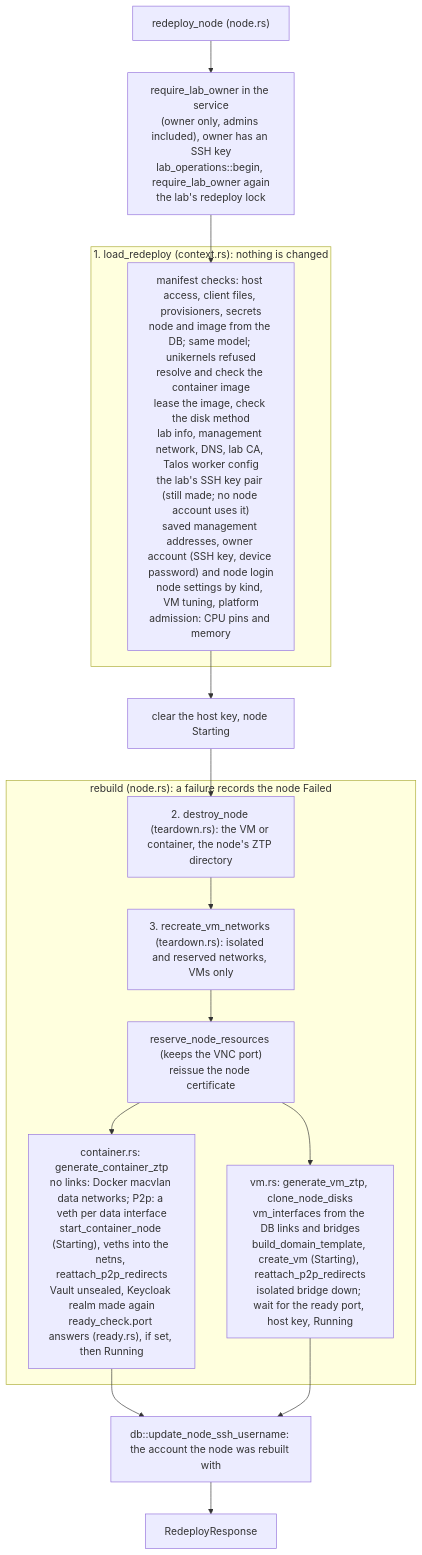
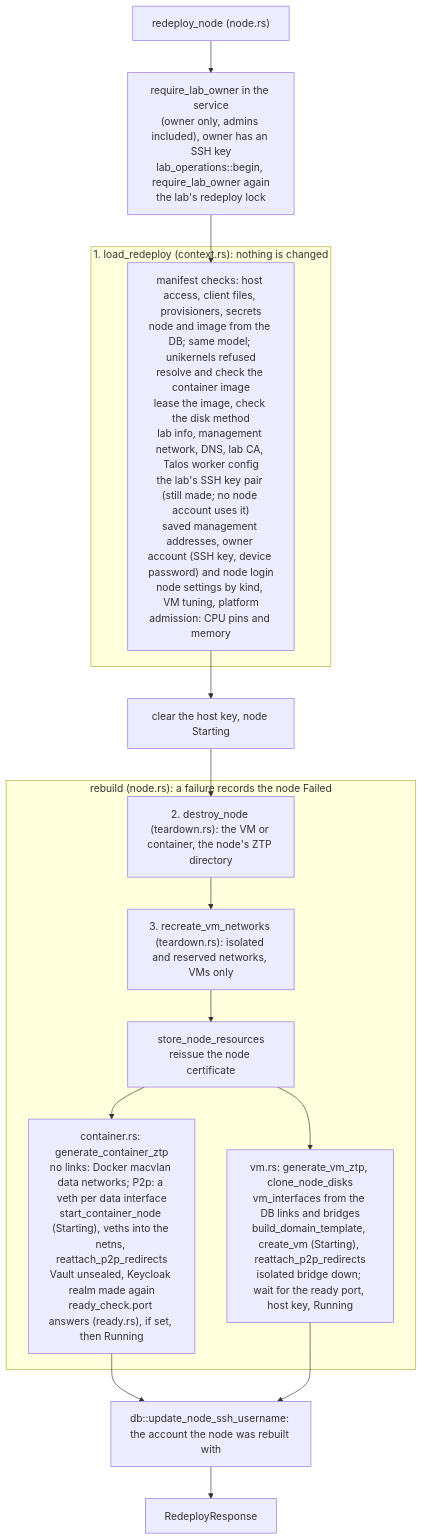
Diagram 16 of 26 in docs/architecture/SERVER.md (bwks/sherpa), drawn with Mermaid before and after one commit. The commit also changed other lines of this file and 80 other files, not shown here.

````diff
--- a/docs/architecture/SERVER.md
+++ b/docs/architecture/SERVER.md
@@ -1087,19 +1086,19 @@
 ```mermaid
 flowchart TB
     request["redeploy_node (node.rs)"] --> owner["require_lab_owner in the service<br/>(owner only, admins included), owner has an SSH key<br/>lab_operations::begin, require_lab_owner again<br/>the lab's redeploy lock"]
     owner --> load
     subgraph stage1["1. load_redeploy (context.rs): nothing is changed"]
         load["manifest checks: host access, client files, provisioners, secrets<br/>node and image from the DB; same model; unikernels refused<br/>resolve and check the container image<br/>lease the image, check the disk method<br/>lab info, management network, DNS, lab CA, Talos worker config<br/>the lab's SSH key pair (still made; no node account uses it)<br/>saved management addresses, owner account (SSH key, device password) and node login<br/>node settings by kind, VM tuning, platform<br/>admission: CPU pins and memory"]
     end
     load --> starting["clear the host key, node Starting"]
     starting --> destroy
     subgraph rebuild["rebuild (node.rs): a failure records the node Failed"]
         destroy["2. destroy_node (teardown.rs): the VM or container, the node's ZTP directory"] --> vmnets["3. recreate_vm_networks (teardown.rs): isolated and reserved networks, VMs only"]
-        vmnets --> resources["reserve_node_resources (keeps the VNC port)<br/>reissue the node certificate"]
+        vmnets --> resources["store_node_resources<br/>reissue the node certificate"]
         resources --> ctr["container.rs: generate_container_ztp<br/>no links: Docker macvlan data networks; P2p: a veth per data interface<br/>start_container_node (Starting), veths into the netns, reattach_p2p_redirects<br/>Vault unsealed, Keycloak realm made again<br/>ready_check.port answers (ready.rs), if set, then Running"]
         resources --> vm["vm.rs: generate_vm_ztp, clone_node_disks<br/>vm_interfaces from the DB links and bridges<br/>build_domain_template, create_vm (Starting), reattach_p2p_redirects<br/>isolated bridge down; wait for the ready port, host key, Running"]
     end
     ctr --> ssh["db::update_node_ssh_username: the account the node was rebuilt with"]
     vm --> ssh
     ssh --> stream["RedeployResponse"]
 ```
````
